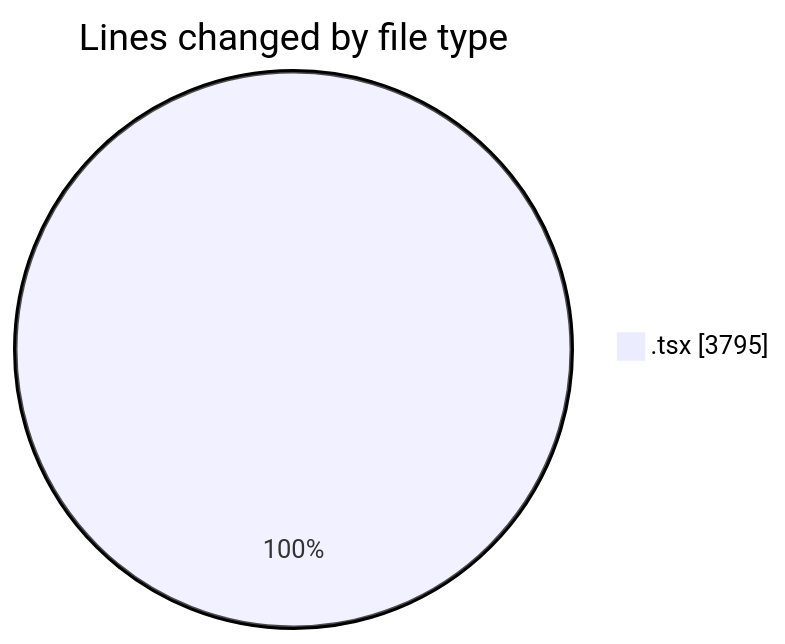
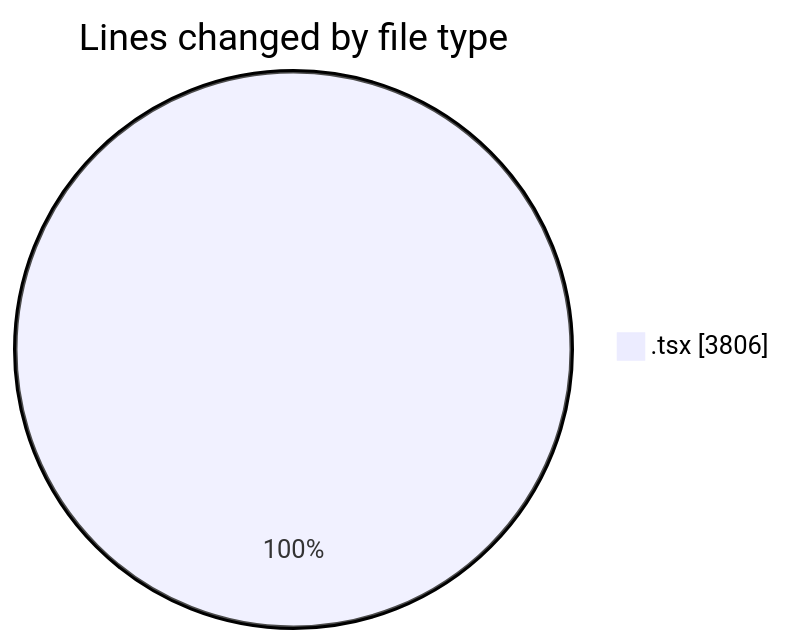
One commit to nxtqubesakshisongat/code-tracking changed the first of 2 diagrams in 2026-06-18/nxtqube_webapp/README.md. Above: the diagram before and after it, drawn with Mermaid. The commit also changed other lines of this file and 1 other file, not shown here.

````diff
--- a/2026-06-18/nxtqube_webapp/README.md
+++ b/2026-06-18/nxtqube_webapp/README.md
@@ -20,5 +20,5 @@
 ```mermaid
 pie showData
 title Lines changed by file type
-".tsx" : 3795
+".tsx" : 3806
 ```
````
